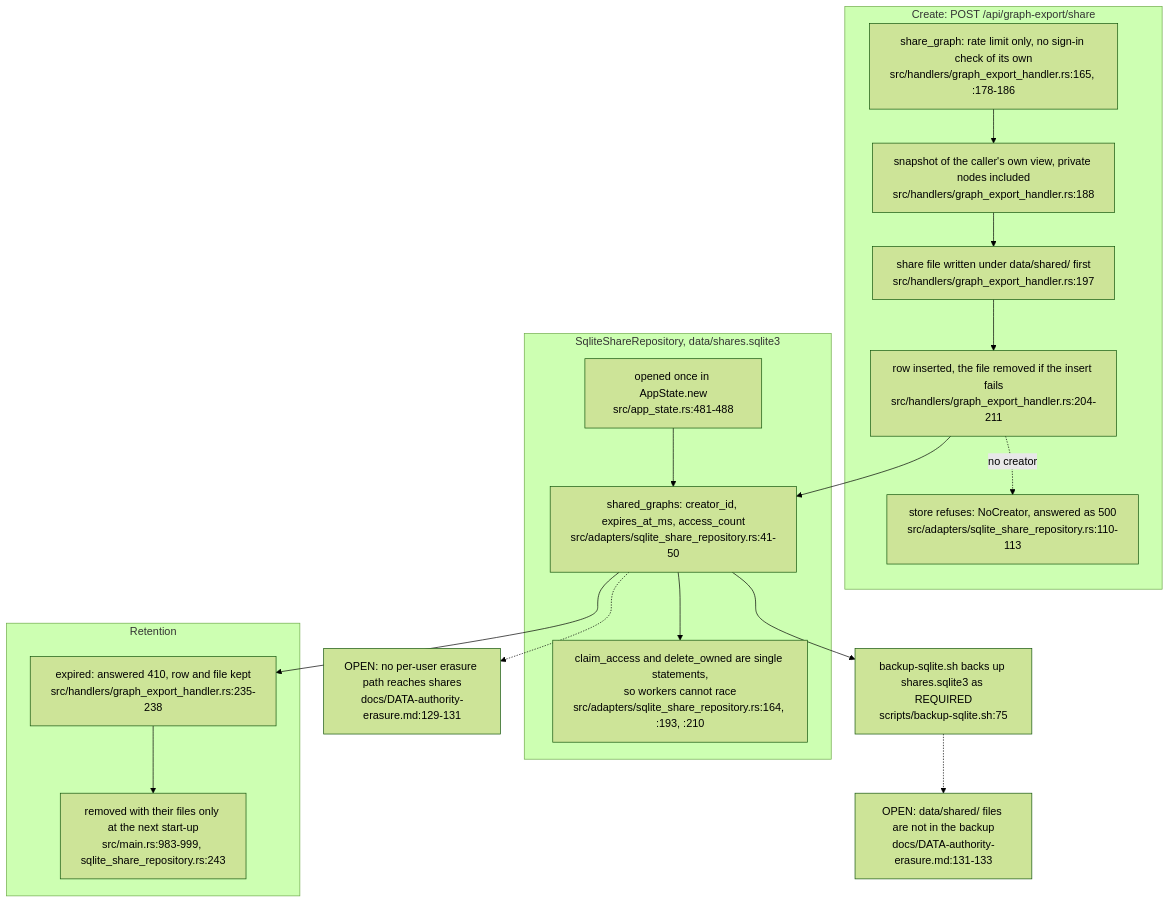
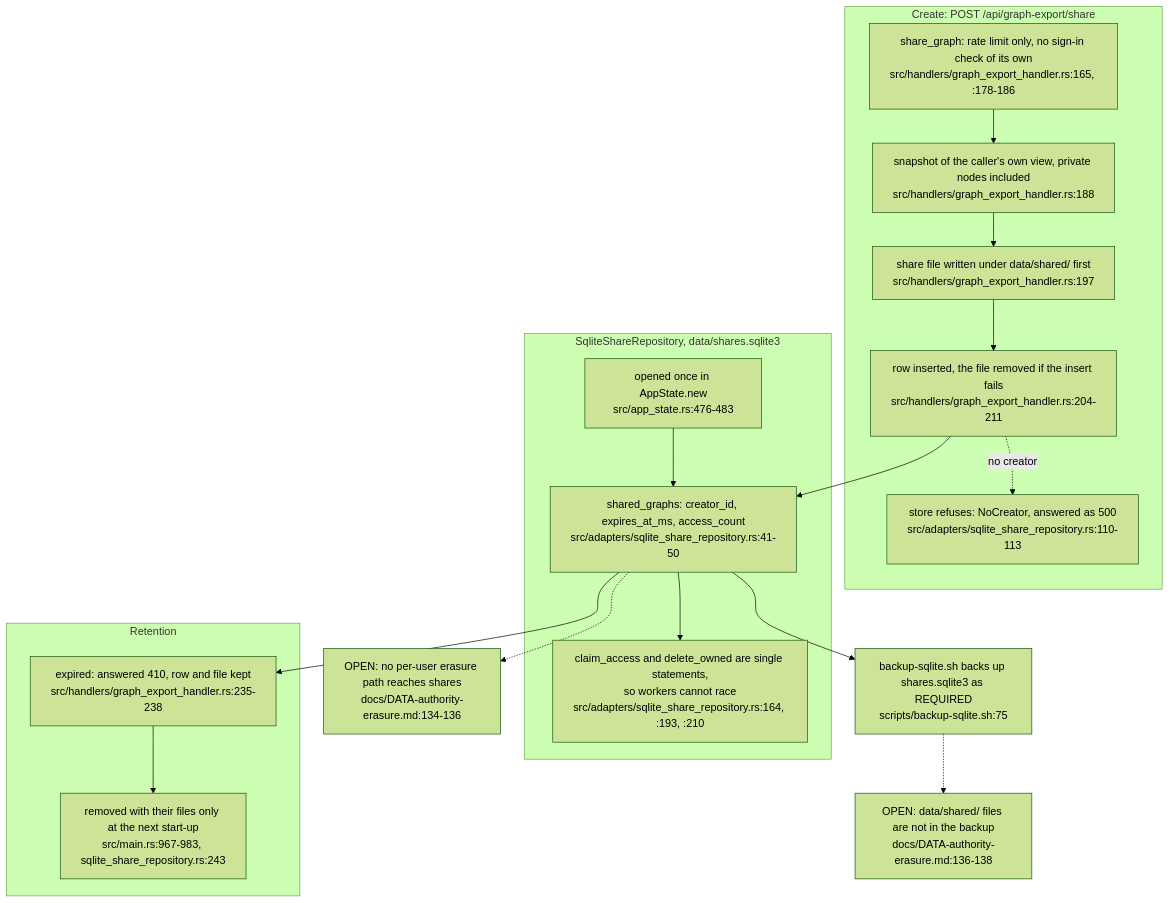
Before and after one commit to DreamLab-AI/VisionFlow: diagram 14 of 14 in docs/diagrams/visionclaw/22-data-authority-provenance-erasure.md, drawn with Mermaid (forest theme). The commit also changed other lines of this file and 7 other files, not shown here.

````diff
--- a/docs/diagrams/visionclaw/22-data-authority-provenance-erasure.md
+++ b/docs/diagrams/visionclaw/22-data-authority-provenance-erasure.md
@@ -557,26 +560,26 @@
 ```mermaid
 flowchart TB
     subgraph WRITE["Create: POST /api/graph-export/share"]
         SH["share_graph: rate limit only, no sign-in check of its own<br/>src/handlers/graph_export_handler.rs:165, :178-186"]
         SH --> VIEW["snapshot of the caller's own view, private nodes included<br/>src/handlers/graph_export_handler.rs:188"]
         VIEW --> FILE["share file written under data/shared/ first<br/>src/handlers/graph_export_handler.rs:197"]
         FILE --> ROW["row inserted, the file removed if the insert fails<br/>src/handlers/graph_export_handler.rs:204-211"]
         ROW -.->|"no creator"| NC["store refuses: NoCreator, answered as 500<br/>src/adapters/sqlite_share_repository.rs:110-113"]
     end
     subgraph STORE["SqliteShareRepository, data/shares.sqlite3"]
-        OPEN["opened once in AppState.new<br/>src/app_state.rs:481-488"]
+        OPEN["opened once in AppState.new<br/>src/app_state.rs:476-483"]
         TBL["shared_graphs: creator_id, expires_at_ms, access_count<br/>src/adapters/sqlite_share_repository.rs:41-50"]
         CLAIM["claim_access and delete_owned are single statements,<br/>so workers cannot race<br/>src/adapters/sqlite_share_repository.rs:164, :193, :210"]
         OPEN --> TBL --> CLAIM
     end
     ROW --> TBL
     subgraph LIFE["Retention"]
         GONE["expired: answered 410, row and file kept<br/>src/handlers/graph_export_handler.rs:235-238"]
-        SWEEP["removed with their files only at the next start-up<br/>src/main.rs:983-999, sqlite_share_repository.rs:243"]
+        SWEEP["removed with their files only at the next start-up<br/>src/main.rs:967-983, sqlite_share_repository.rs:243"]
         GONE --> SWEEP
     end
     TBL --> GONE
     TBL --> BK["backup-sqlite.sh backs up shares.sqlite3 as REQUIRED<br/>scripts/backup-sqlite.sh:75"]
-    BK -.-> NOFILES["OPEN: data/shared/ files are not in the backup<br/>docs/DATA-authority-erasure.md:131-133"]
-    TBL -.-> NOERASE["OPEN: no per-user erasure path reaches shares<br/>docs/DATA-authority-erasure.md:129-131"]
+    BK -.-> NOFILES["OPEN: data/shared/ files are not in the backup<br/>docs/DATA-authority-erasure.md:136-138"]
+    TBL -.-> NOERASE["OPEN: no per-user erasure path reaches shares<br/>docs/DATA-authority-erasure.md:134-136"]
 ```
````
